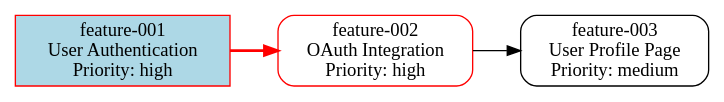
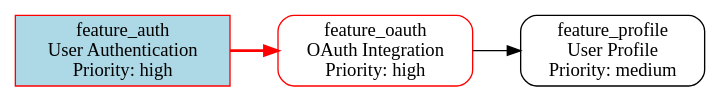
Before and after one commit to ankushdixit/sdd: the diagram in docs/commands/work-graph.md, drawn with Graphviz. The commit also changed other lines of this file and 337 other files, not shown here.

````diff
--- a/docs/commands/work-graph.md
+++ b/docs/commands/work-graph.md
@@ -118,13 +140,15 @@
 ```dot
 digraph work_items {
   rankdir=LR;
   node [shape=box, style=rounded];
 
-  "feature-001" [label="feature-001\nUser Authentication\nPriority: high", color=red, style=filled, fillcolor=lightblue];
-  "feature-002" [label="feature-002\nOAuth Integration\nPriority: high", color=red];
-  "feature-003" [label="feature-003\nUser Profile Page\nPriority: medium"];
+  "feature_auth" [label="feature_auth\nUser Authentication\nPriority: high",
+                  color=red, style=filled, fillcolor=lightblue];
+  "feature_oauth" [label="feature_oauth\nOAuth Integration\nPriority: high",
+                   color=red];
+  "feature_profile" [label="feature_profile\nUser Profile\nPriority: medium"];
 
-  "feature-001" -> "feature-002" [color=red, penwidth=2];
-  "feature-002" -> "feature-003";
+  "feature_auth" -> "feature_oauth" [color=red, penwidth=2];
+  "feature_oauth" -> "feature_profile";
 }
 ```
````
